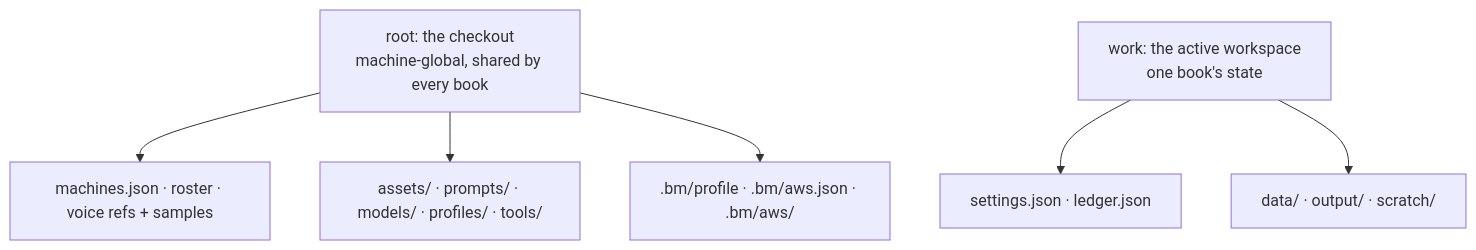
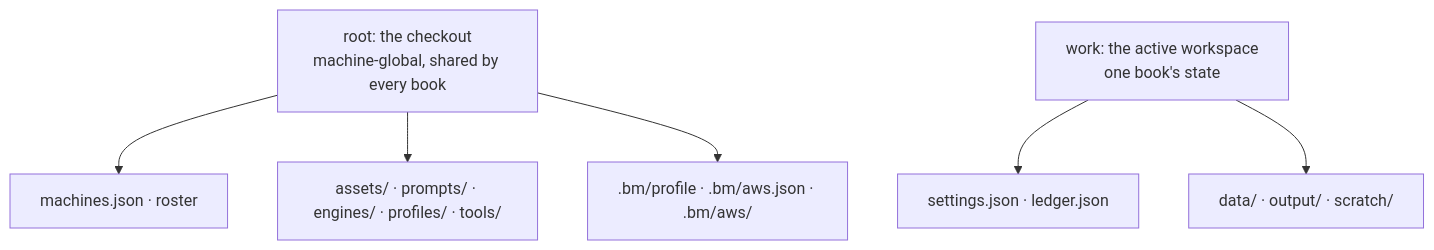
One commit to lhuthng/storycast changed the third of 7 diagrams in docs/ARCHITECTURE.md. Above: the diagram before and after it, drawn with Mermaid. The commit also changed other lines of this file and 30 other files, not shown here.

````diff
--- a/docs/ARCHITECTURE.md
+++ b/docs/ARCHITECTURE.md
@@ -209,10 +209,10 @@
 ```mermaid
 flowchart TB
     ROOT["root: the checkout<br/>machine-global, shared by every book"]
     WORK["work: the active workspace<br/>one book's state"]
-    ROOT --> R1["machines.json · roster · voice refs + samples"]
-    ROOT --> R2["assets/ · prompts/ · models/ · profiles/ · tools/"]
+    ROOT --> R1["machines.json · roster"]
+    ROOT --> R2["assets/ · prompts/ · engines/ · profiles/ · tools/"]
     ROOT --> R3[".bm/profile · .bm/aws.json · .bm/aws/"]
     WORK --> W1["settings.json · ledger.json"]
     WORK --> W2["data/ · output/ · scratch/"]
 ```
````
